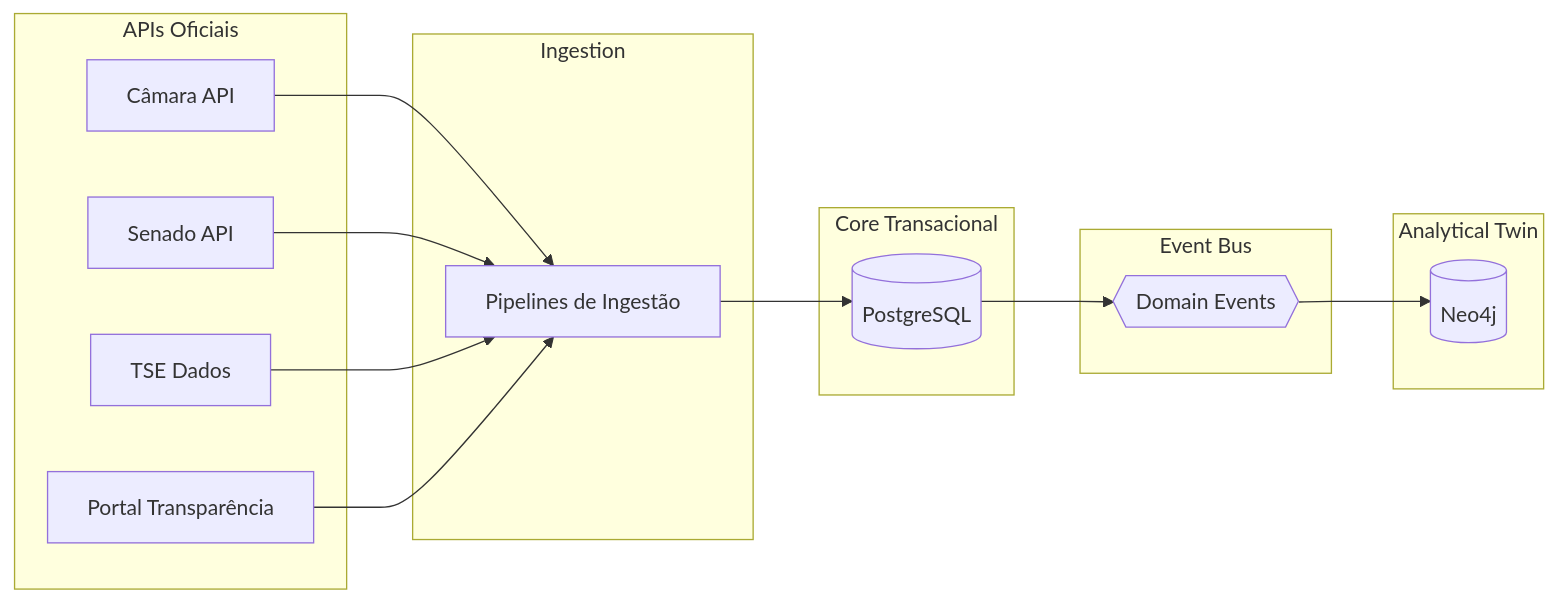
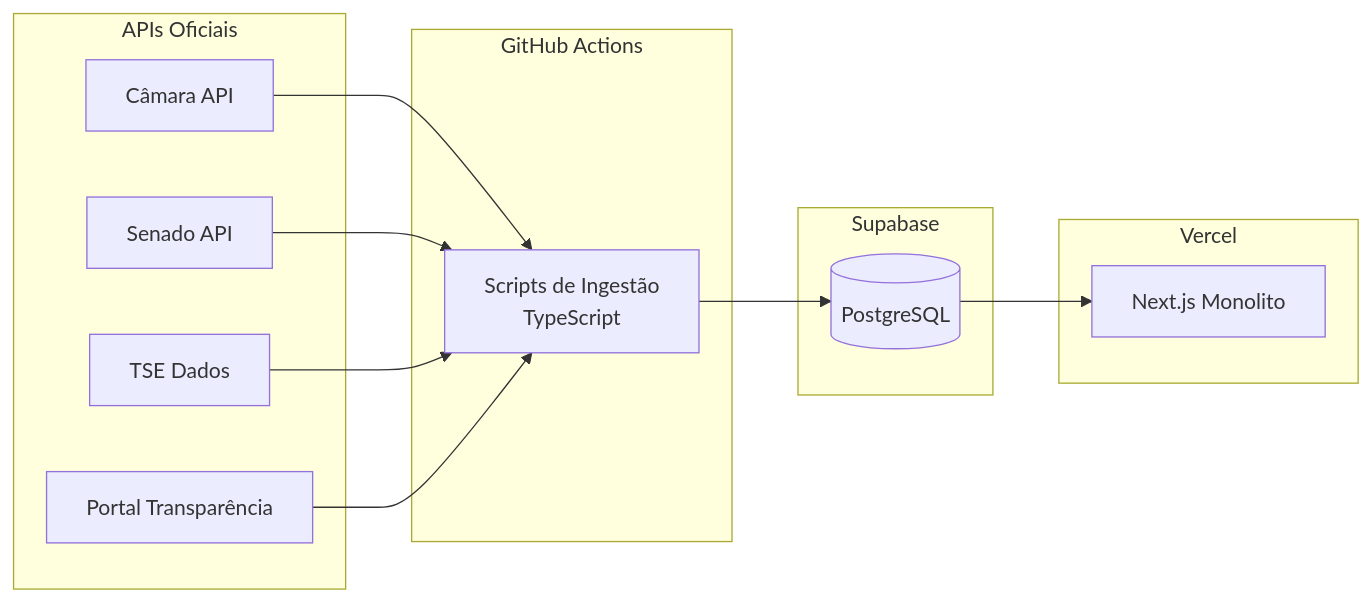
The diagram in docs/architecture/ADR/003-database-strategy.md (FabioCaffarello/brasil-a-vera), drawn with Mermaid before and after one commit. The commit also changed other lines of this file and 16 other files, not shown here.

First line of the commit message:
docs(architecture): apply Monolith First decisions across all documentation

````diff
--- a/docs/architecture/ADR/003-database-strategy.md
+++ b/docs/architecture/ADR/003-database-strategy.md
@@ -60,33 +56,28 @@
 ```mermaid
 flowchart LR
     subgraph APIs Oficiais
         CAM[Câmara API]
         SEN[Senado API]
         TSE[TSE Dados]
         CGU[Portal Transparência]
     end
 
-    subgraph Ingestion
-        ING[Pipelines de Ingestão]
+    subgraph "GitHub Actions"
+        ING[Scripts de Ingestão<br/>TypeScript]
     end
 
-    subgraph Core Transacional
+    subgraph "Supabase"
         PG[(PostgreSQL)]
     end
 
-    subgraph Event Bus
-        EB{{Domain Events}}
-    end
-
-    subgraph Analytical Twin
-        NEO[(Neo4j)]
+    subgraph "Vercel"
+        APP[Next.js Monolito]
     end
 
     CAM --> ING
     SEN --> ING
     TSE --> ING
     CGU --> ING
     ING --> PG
-    PG --> EB
-    EB --> NEO
+    PG --> APP
 ```
````
